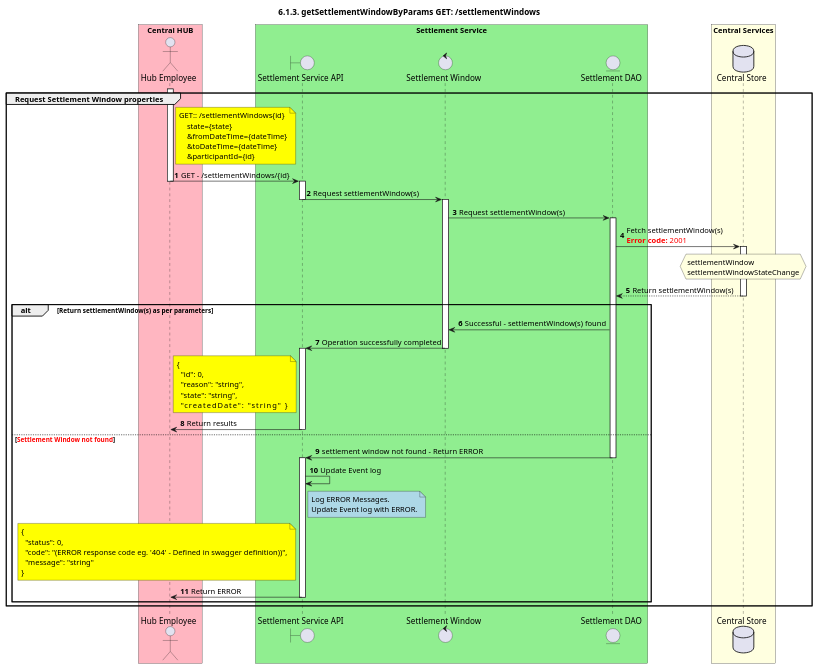
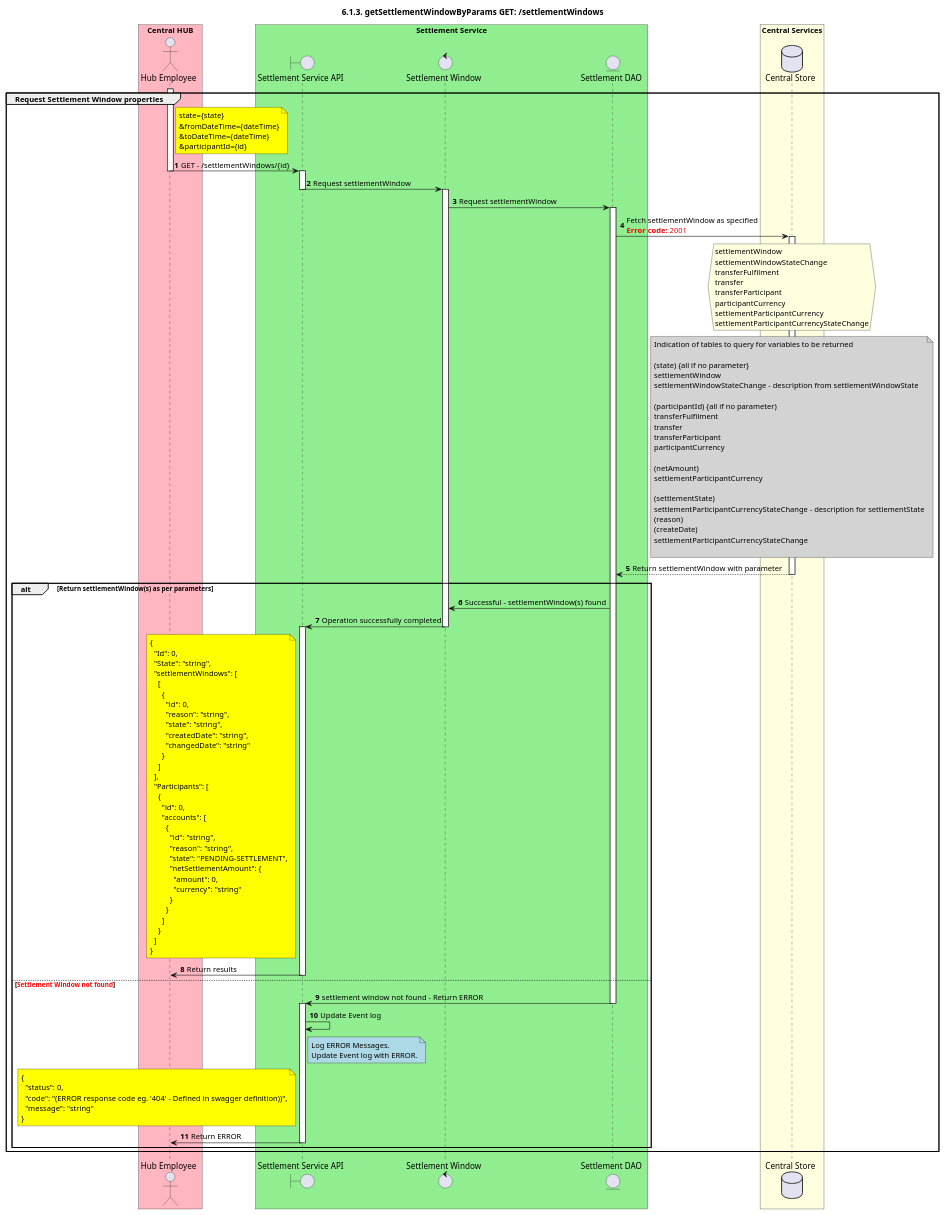
One commit to HenkKodde/docs changed the diagram in CentralServices/seq_diagrams/seq-settlementWindow-6.1.3.plantuml. Above: the diagram before and after it, drawn with PlantUML. The commit also changed 3 other files, not shown here.

```diff
--- a/CentralServices/seq_diagrams/seq-settlementWindow-6.1.3.plantuml
+++ b/CentralServices/seq_diagrams/seq-settlementWindow-6.1.3.plantuml
@@ -1,93 +1,147 @@
 @startuml
 ' declate title
 title 6.1.3. getSettlementWindowByParams GET: /settlementWindows
 
 autonumber
 
 ' Actor Keys:
 ' declare actors
 
 actor "Hub Employee" as OPERATOR
 
 boundary "Settlement Service API" as SSAPI
 control "Settlement Window" as SETTLEWINDOW
 entity "Settlement DAO" as SETTLE_DAO
 
 database "Central Store" as DB
 
 box "Central HUB" #LightPink
     participant OPERATOR
 end box
 
 box "Settlement Service" #LightGreen
     participant SSAPI
     participant SETTLEWINDOW
     participant SETTLE_DAO
 end box
 
 box "Central Services" #LightYellow
     participant DB
 end box
 
 ' start flow
 
 group Request Settlement Window properties
     activate OPERATOR
     note right of OPERATOR #Yellow
-        GET:: /settlementWindows{id}
-            state={state}
-            &fromDateTime={dateTime}
-            &toDateTime={dateTime}
-            &participantId={id}
+        state={state}
+        &fromDateTime={dateTime}
+        &toDateTime={dateTime}
+        &participantId={id}
     end note
     OPERATOR -> SSAPI: GET - /settlementWindows/{id}
     deactivate OPERATOR
     activate SSAPI
-    SSAPI -> SETTLEWINDOW: Request settlementWindow(s)
+    SSAPI -> SETTLEWINDOW: Request settlementWindow
     deactivate SSAPI
     activate SETTLEWINDOW
-        SETTLEWINDOW -> SETTLE_DAO: Request settlementWindow(s)
-        activate SETTLE_DAO
-                SETTLE_DAO -> DB: Fetch settlementWindow(s) \n<color #FF0000><b>Error code:</b> 2001</color>
-            activate DB
-                hnote over DB #LightYellow
-                settlementWindow
-                settlementWindowStateChange
-                end hnote
-                SETTLE_DAO <-- DB: Return settlementWindow(s)
-            deactivate DB
+    SETTLEWINDOW -> SETTLE_DAO: Request settlementWindow
+    activate SETTLE_DAO
+    SETTLE_DAO -> DB: Fetch settlementWindow as specified \n<color #FF0000><b>Error code:</b> 2001</color>
+    activate DB
+    hnote over DB #LightYellow
+        settlementWindow
+        settlementWindowStateChange
+        transferFulfilment
+        transfer
+        transferParticipant
+        participantCurrency
+        settlementParticipantCurrency
+        settlementParticipantCurrencyStateChange
+    end hnote
+    note over DB #LightGray
+        Indication of tables to query for variables to be returned
+
+        (state) {all if no parameter}
+        settlementWindow
+        settlementWindowStateChange - description from settlementWindowState
+
+        (participantId) {all if no parameter)
+        transferFulfilment
+        transfer
+        transferParticipant
+        participantCurrency
+
+        (netAmount)
+        settlementParticipantCurrency
+
+        (settlementState)
+        settlementParticipantCurrencyStateChange - description for settlementState
+        (reason)
+        (createDate)
+        settlementParticipantCurrencyStateChange
+
+    end note
+    SETTLE_DAO <-- DB: Return settlementWindow with parameter
+    deactivate DB
     alt Return settlementWindow(s) as per parameters
         SETTLEWINDOW <- SETTLE_DAO: Successful - settlementWindow(s) found
         SSAPI <- SETTLEWINDOW: Operation successfully completed
         deactivate SETTLEWINDOW
         activate SSAPI
         note left of SSAPI #Yellow
-            {
-              "id": 0,
-              "reason": "string",
-              "state": "string",
-              "createdDate": "string"            }
+          {
+            "Id": 0,
+            "State": "string",
+            "settlementWindows": [
+              [
+                {
+                  "id": 0,
+                  "reason": "string",
+                  "state": "string",
+                  "createdDate": "string",
+                  "changedDate": "string"
+                }
+              ]
+            ],
+            "Participants": [
+              {
+                "id": 0,
+                "accounts": [
+                  {
+                    "id": "string",
+                    "reason": "string",
+                    "state": "PENDING-SETTLEMENT",
+                    "netSettlementAmount": {
+                      "amount": 0,
+                      "currency": "string"
+                    }
+                  }
+                ]
+              }
+            ]
+          }
         end note
         OPERATOR <- SSAPI: Return results
         deactivate SSAPI
     else <color #FF0000><b>Settlement Window not found</b></color>
         SETTLE_DAO -> SSAPI: settlement window not found - Return ERROR
         deactivate SETTLE_DAO
         activate SSAPI
         SSAPI -> SSAPI: Update Event log
         note right of SSAPI #LightBlue
             Log ERROR Messages.
             Update Event log with ERROR.
         end note
         note left of SSAPI #Yellow
             {
               "status": 0,
               "code": "(ERROR response code eg. '404' - Defined in swagger definition))",
               "message": "string"
             }
         end note
         OPERATOR <- SSAPI: Return ERROR
         deactivate SSAPI
     end
 end
 @enduml
```
